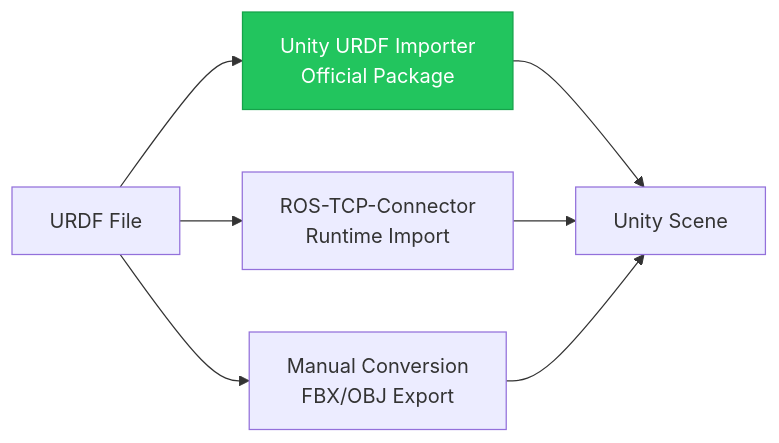
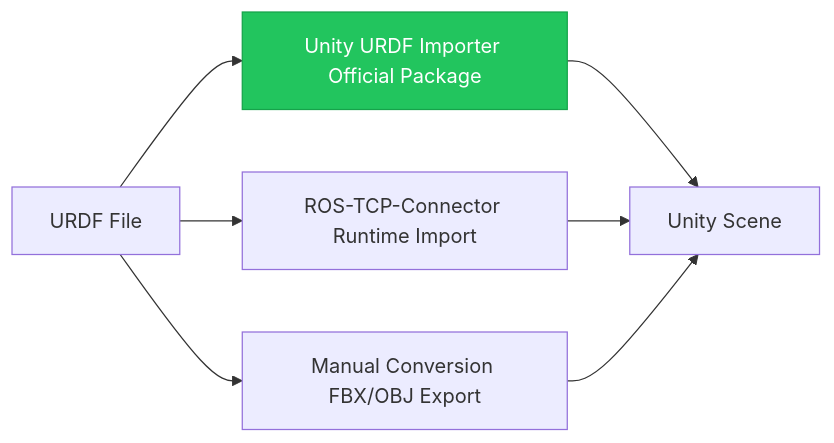
The second of 4 diagrams in docs/modules/module-2-digital-twin/chapter-08-unity.md (shakir-hussain1/physical-AI-and-humanoid-robotics-textbook-by-shakir-hussain), drawn with Mermaid before and after one commit. The commit also changed other lines of this file and 17 other files, not shown here.

Commit message:
fix: Remove br tags from Mermaid diagrams causing parse errors

````diff
--- a/docs/modules/module-2-digital-twin/chapter-08-unity.md
+++ b/docs/modules/module-2-digital-twin/chapter-08-unity.md
@@ -84,14 +84,14 @@
 ```mermaid
 flowchart LR
     URDF[URDF File]
 
-    URDF --> OPT1[Unity URDF Importer<br/>Official Package]
-    URDF --> OPT2[ROS-TCP-Connector<br/>Runtime Import]
-    URDF --> OPT3[Manual Conversion<br/>FBX/OBJ Export]
+    URDF --> OPT1[Unity URDF Importer Official Package]
+    URDF --> OPT2[ROS-TCP-Connector Runtime Import]
+    URDF --> OPT3[Manual Conversion FBX/OBJ Export]
 
     OPT1 --> UNITY[Unity Scene]
     OPT2 --> UNITY
     OPT3 --> UNITY
 
     style OPT1 fill:#22c55e,stroke:#16a34a,color:#fff
 ```
````
